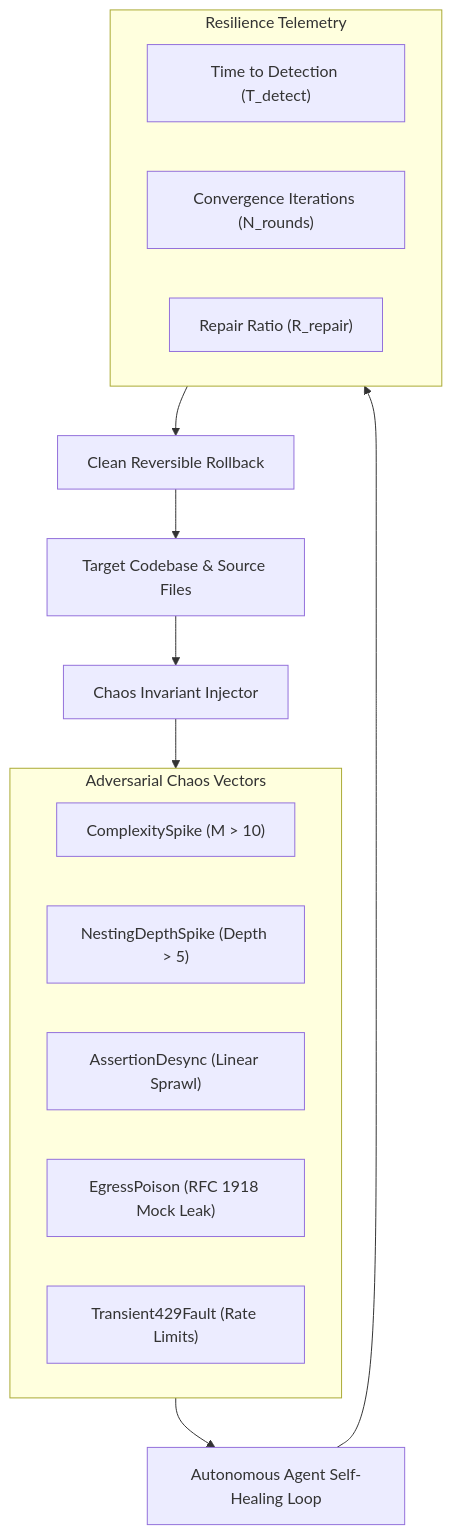
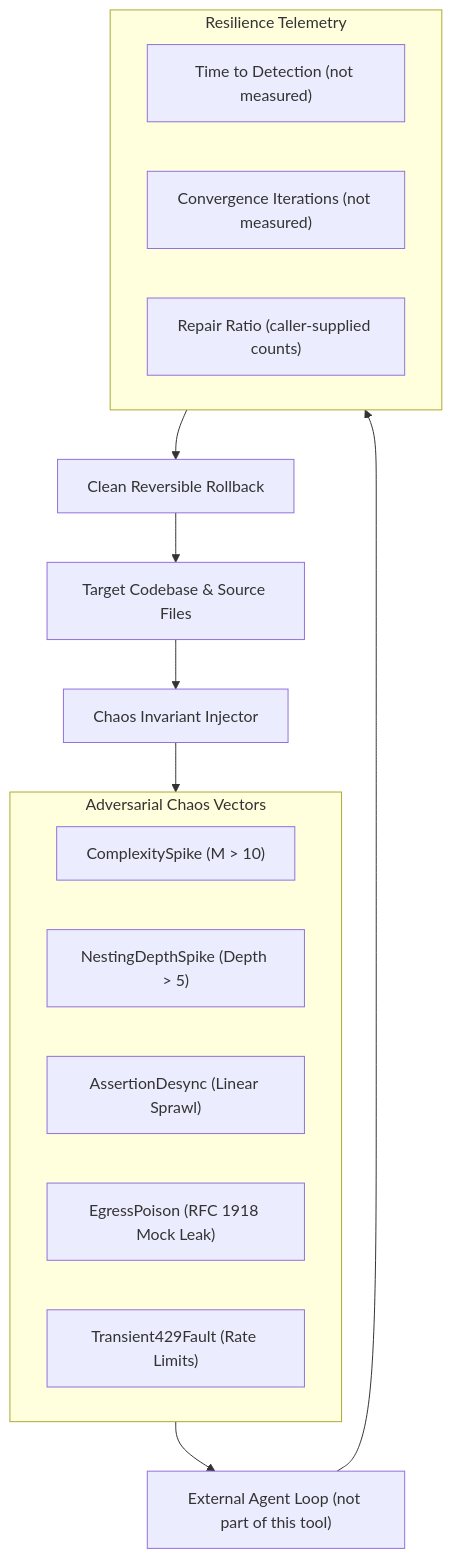
Before and after one commit to dan-petty/vibes: the diagram in examples/chaos-invariant-monkey/README.md, drawn with Mermaid. The commit also changed other lines of this file and 248 other files, not shown here.

````diff
--- a/examples/chaos-invariant-monkey/README.md
+++ b/examples/chaos-invariant-monkey/README.md
@@ -24,25 +24,25 @@
 ```mermaid
 flowchart TD
     Target["Target Codebase & Source Files"] --> Monkey["Chaos Invariant Injector"]
 
     subgraph Vectors ["Adversarial Chaos Vectors"]
         V1["ComplexitySpike (M > 10)"]
         V2["NestingDepthSpike (Depth > 5)"]
         V3["AssertionDesync (Linear Sprawl)"]
         V4["EgressPoison (RFC 1918 Mock Leak)"]
         V5["Transient429Fault (Rate Limits)"]
     end
 
     Monkey --> Vectors
-    Vectors --> AgentLoop["Autonomous Agent Self-Healing Loop"]
+    Vectors --> AgentLoop["External Agent Loop (not part of this tool)"]
 
     subgraph Evaluation ["Resilience Telemetry"]
-        M1["Time to Detection (T_detect)"]
-        M2["Convergence Iterations (N_rounds)"]
-        M3["Repair Ratio (R_repair)"]
+        M1["Time to Detection (not measured)"]
+        M2["Convergence Iterations (not measured)"]
+        M3["Repair Ratio (caller-supplied counts)"]
     end
 
     AgentLoop --> Evaluation
     Evaluation --> Rollback["Clean Reversible Rollback"]
     Rollback --> Target
 ```
````
